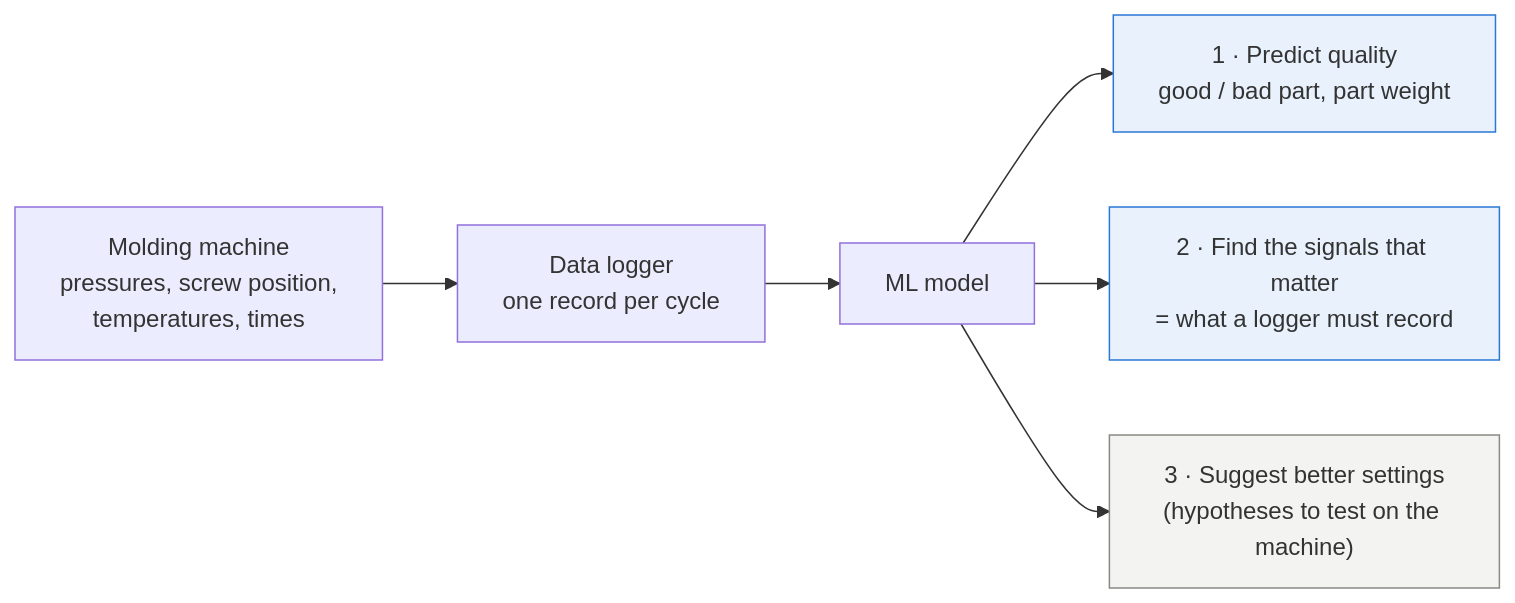
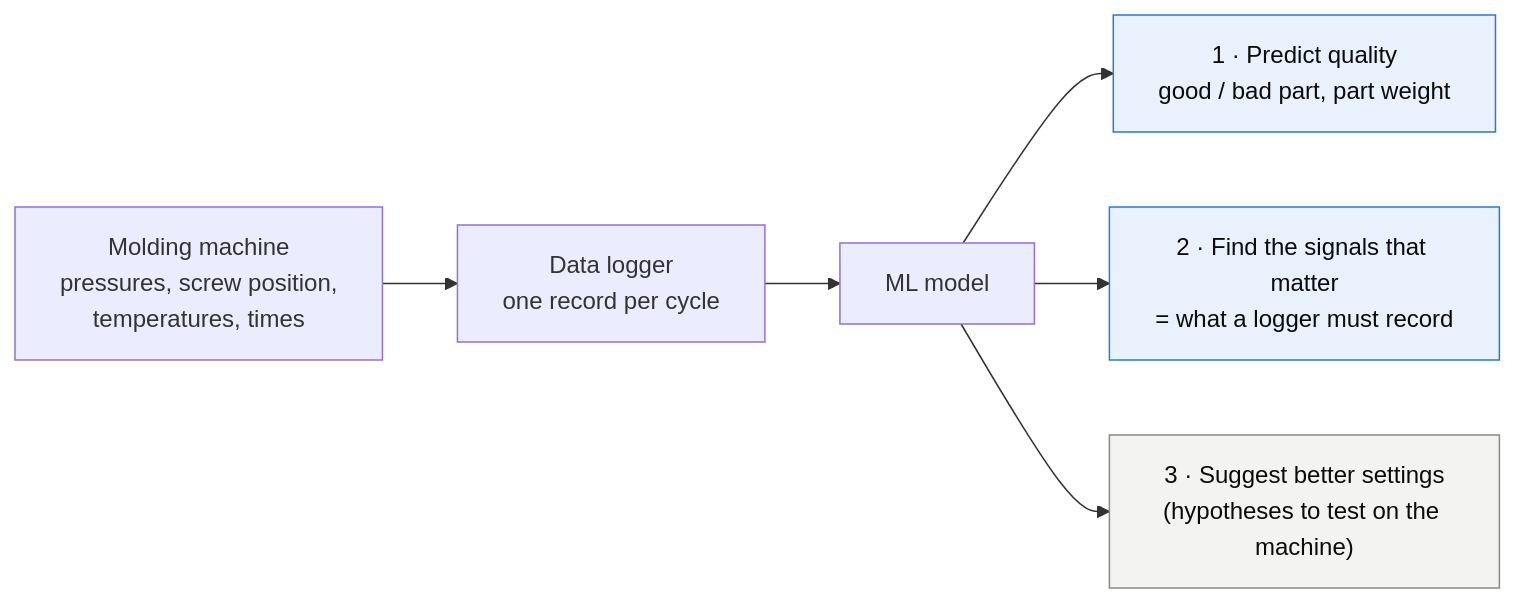
Before and after one commit to ikeremsen/injection-molding-quality-ai: the first of 3 diagrams in README.md, drawn with Mermaid. The commit also changed other lines of this file, not shown here.

Commit message:
README: dark text in coloured diagram boxes so they read in dark mode

````diff
--- a/README.md
+++ b/README.md
@@ -19,11 +19,11 @@
 ```mermaid
 flowchart LR
     A["Molding machine<br/>pressures, screw position,<br/>temperatures, times"] --> B["Data logger<br/>one record per cycle"]
     B --> C["ML model"]
     C --> D["1 · Predict quality<br/>good / bad part, part weight"]
     C --> E["2 · Find the signals that matter<br/>= what a logger must record"]
     C --> F["3 · Suggest better settings<br/>(hypotheses to test on the machine)"]
-    style D fill:#e8f1fc,stroke:#2a78d6
-    style E fill:#e8f1fc,stroke:#2a78d6
-    style F fill:#f3f3f1,stroke:#8a8984
+    style D fill:#e8f1fc,stroke:#2a78d6,color:#0b0b0b
+    style E fill:#e8f1fc,stroke:#2a78d6,color:#0b0b0b
+    style F fill:#f3f3f1,stroke:#8a8984,color:#0b0b0b
 ```
````
